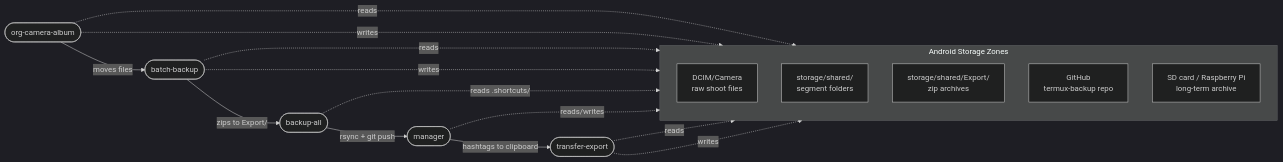
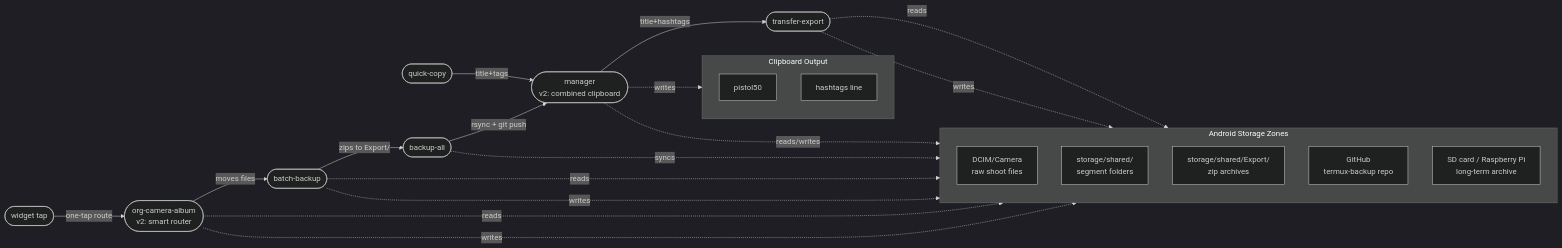
Before and after one commit to SamuelDixxon/termux-backup: the first of 10 diagrams in README.md, drawn with Mermaid (dark theme). The commit also changed other lines of this file, not shown here.

````diff
--- a/README.md
+++ b/README.md
@@ -48,25 +48,35 @@
 ```mermaid
 flowchart LR
-    A([org-camera-album]) -->|moves files| B([batch-backup])
+    W([widget tap]) -->|one-tap route| A
+    Q([quick-copy]) -->|title+tags| D
+
+    A([org-camera-album\nv2: smart router]) -->|moves files| B([batch-backup])
     B -->|zips to Export/| C([backup-all])
-    C -->|rsync + git push| D([manager])
-    D -->|hashtags to clipboard| E([transfer-export])
+    C -->|rsync + git push| D([manager\nv2: combined clipboard])
+    D -->|title+hashtags| E([transfer-export])
 
     subgraph storage [Android Storage Zones]
         direction TB
         S1[DCIM/Camera\nraw shoot files]
         S2[storage/shared/\nsegment folders]
         S3[storage/shared/Export/\nzip archives]
         S4[GitHub\ntermux-backup repo]
         S5[SD card / Raspberry Pi\nlong-term archive]
     end
 
+    subgraph clipboard [Clipboard Output]
+        direction TB
+        CL1[pistol50]
+        CL2[hashtags line]
+    end
+
     A -.->|reads| S1
     A -.->|writes| S2
     B -.->|reads| S2
     B -.->|writes| S3
-    C -.->|reads .shortcuts/| S4
+    C -.->|syncs| S4
     D -.->|reads/writes| S2
+    D -.->|writes| clipboard
     E -.->|reads| S3
     E -.->|writes| S5
 ```
````
